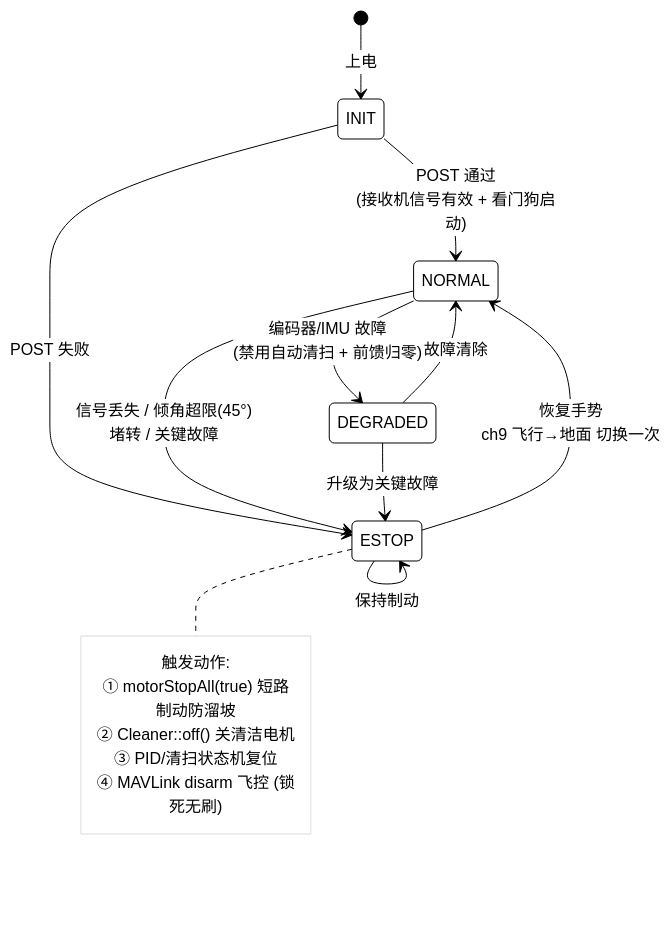
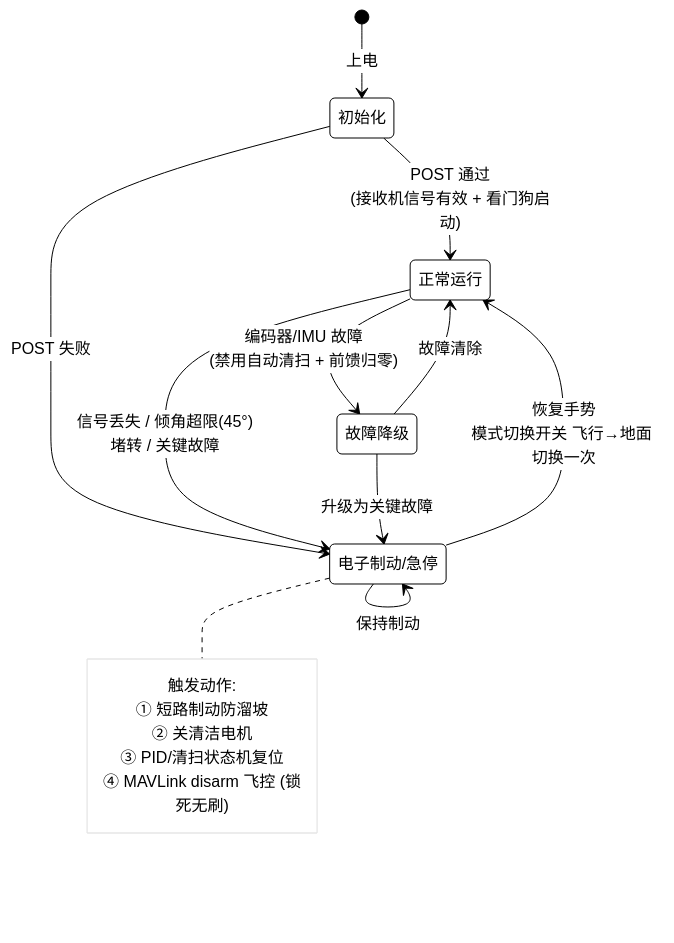
The third of 3 diagrams in docs/控制架构图.md (jounshenwang/GroundAerial-robot_wheelControl), drawn with Mermaid before and after one commit. The commit also changed other lines of this file and 4 other files, not shown here.

````diff
--- a/docs/控制架构图.md
+++ b/docs/控制架构图.md
@@ -135,41 +135,41 @@
 ```mermaid
 ---
 config:
   theme: base
   themeVariables:
     background: "#ffffff"
     primaryColor: "#ffffff"
     primaryTextColor: "#000000"
     primaryBorderColor: "#000000"
     lineColor: "#000000"
     textColor: "#000000"
     stateBkg: "#ffffff"
     stateBorder: "#000000"
     stateLabelColor: "#000000"
     noteBkgColor: "#ffffff"
     noteTextColor: "#000000"
     titleColor: "#000000"
     fontFamily: "Microsoft YaHei, sans-serif"
 ---
 stateDiagram-v2
-    [*] --> INIT: 上电
-    INIT --> NORMAL: POST 通过<br/>(接收机信号有效 + 看门狗启动)
-    INIT --> ESTOP: POST 失败
+    [*] --> 初始化: 上电
+    初始化 --> 正常运行: POST 通过<br/>(接收机信号有效 + 看门狗启动)
+    初始化 --> 电子制动/急停: POST 失败
 
-    NORMAL --> DEGRADED: 编码器/IMU 故障<br/>(禁用自动清扫 + 前馈归零)
-    NORMAL --> ESTOP: 信号丢失 / 倾角超限(45°)<br/>堵转 / 关键故障
+    正常运行 --> 故障降级: 编码器/IMU 故障<br/>(禁用自动清扫 + 前馈归零)
+    正常运行 --> 电子制动/急停: 信号丢失 / 倾角超限(45°)<br/>堵转 / 关键故障
 
-    DEGRADED --> NORMAL: 故障清除
-    DEGRADED --> ESTOP: 升级为关键故障
+    故障降级 --> 正常运行: 故障清除
+    故障降级 --> 电子制动/急停: 升级为关键故障
 
-    ESTOP --> NORMAL: 恢复手势<br/>ch9 飞行→地面 切换一次
-    ESTOP --> ESTOP: 保持制动
+    电子制动/急停 --> 正常运行: 恢复手势<br/>模式切换开关 飞行→地面 切换一次
+    电子制动/急停 --> 电子制动/急停: 保持制动
 
-    note right of ESTOP
+    note right of 电子制动/急停
         触发动作:
-        ① motorStopAll(true) 短路制动防溜坡
-        ② Cleaner::off() 关清洁电机
+        ① 短路制动防溜坡
+        ② 关清洁电机
         ③ PID/清扫状态机复位
         ④ MAVLink disarm 飞控 (锁死无刷)
     end note
 ```
````
